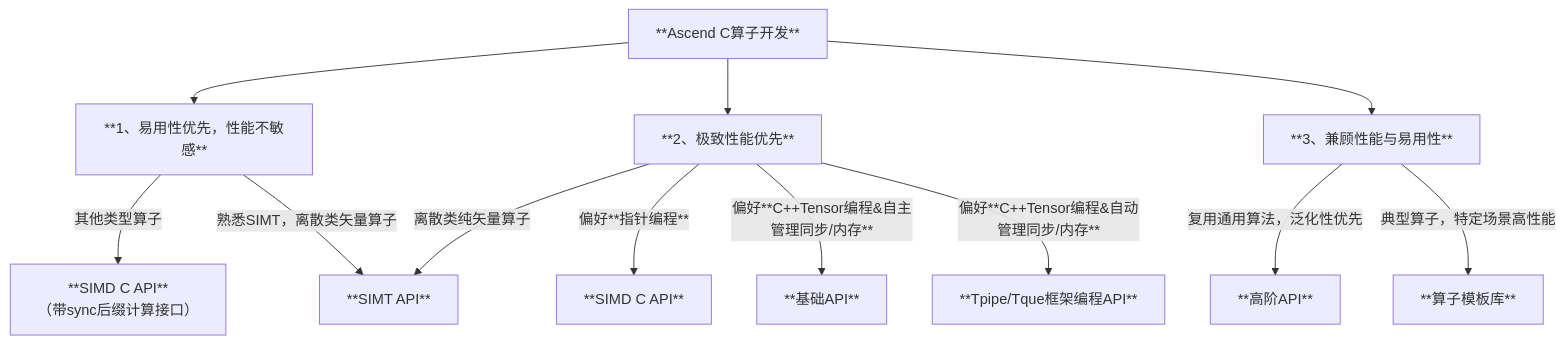
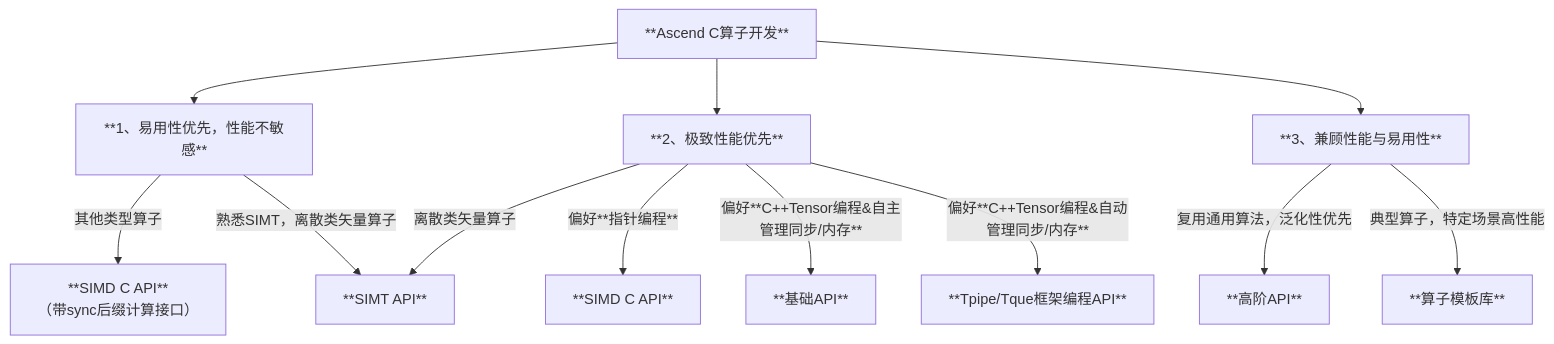
The diagram in docs/asc_how_to_choose_api.md (qingshangyan12/asc-devkit_clone), drawn with Mermaid before and after one commit. The commit also changed other lines of this file and 1 other file, not shown here.

````diff
--- a/docs/asc_how_to_choose_api.md
+++ b/docs/asc_how_to_choose_api.md
@@ -40,15 +40,15 @@
 ```mermaid
 graph TD
     A[**Ascend C算子开发**] --> B[**1、易用性优先，性能不敏感**]
     A --> C[**2、极致性能优先**]
     A --> D[**3、兼顾性能与易用性**]
     B -->|其他类型算子| E[**SIMD C API**<br>（带sync后缀计算接口）]
     B -->|熟悉SIMT，离散类矢量算子| F[**SIMT API**]
-    C -->|离散类纯矢量算子| F
+    C -->|离散类矢量算子| F
     C -->|偏好**指针编程**| P[**SIMD C API**]
     C -->|偏好**C++Tensor编程&自主管理同步/内存**| I[**基础API**]
     C -->|偏好**C++Tensor编程&自动管理同步/内存**| J[**Tpipe/Tque框架编程API**]
 
     D -->|复用通用算法，泛化性优先| K[**高阶API**]
     D -->|典型算子，特定场景高性能| L[**算子模板库**]
 ```
````
